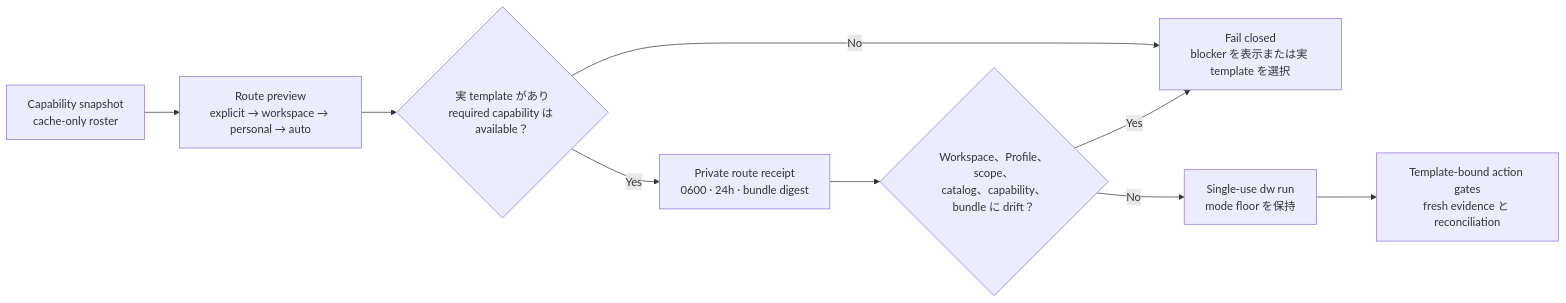
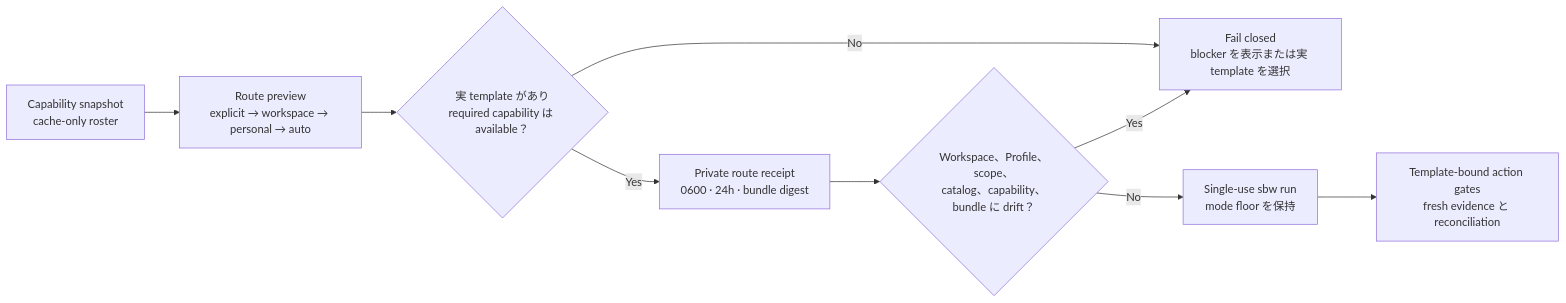
Before and after one commit to stephen-taipei/better-workflows: the second of 4 diagrams in docs/README.ja.md, drawn with Mermaid. The commit also changed other lines of this file and 23 other files, not shown here.

````diff
--- a/docs/README.ja.md
+++ b/docs/README.ja.md
@@ -175,11 +175,11 @@
 ```mermaid
 flowchart LR
   A["Capability snapshot<br/>cache-only roster"] --> B["Route preview<br/>explicit → workspace → personal → auto"]
   B --> C{"実 template があり<br/>required capability は available？"}
   C -- "No" --> D["Fail closed<br/>blocker を表示または実 template を選択"]
   C -- "Yes" --> E["Private route receipt<br/>0600 · 24h · bundle digest"]
   E --> F{"Workspace、Profile、scope、<br/>catalog、capability、bundle に drift？"}
   F -- "Yes" --> D
-  F -- "No" --> G["Single-use dw run<br/>mode floor を保持"]
+  F -- "No" --> G["Single-use sbw run<br/>mode floor を保持"]
   G --> H["Template-bound action gates<br/>fresh evidence と reconciliation"]
 ```
````
